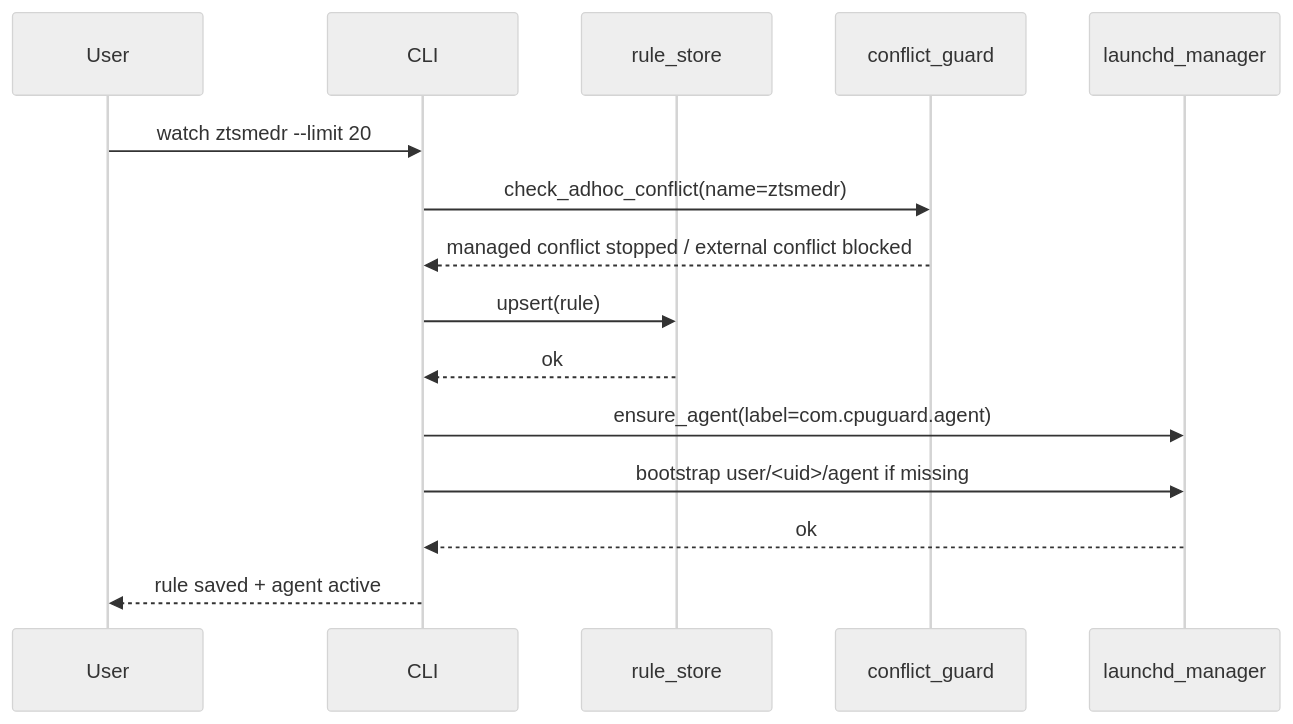
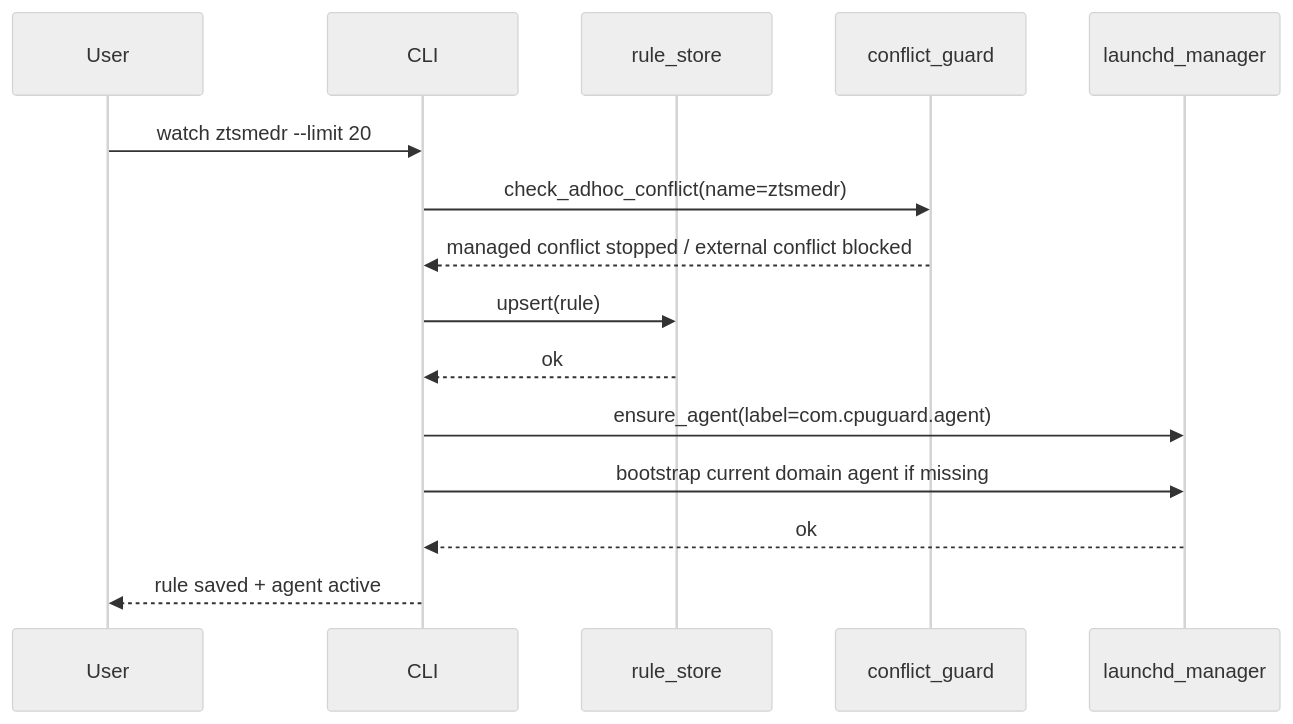
One commit to hxy91819/cpuguard changed the second of 6 diagrams in docs/02-architecture.md. Above: the diagram before and after it, drawn with Mermaid (neutral theme). The commit also changed 14 other files, not shown here.

````diff
--- a/docs/02-architecture.md
+++ b/docs/02-architecture.md
@@ -37,18 +37,18 @@
 ```mermaid
 sequenceDiagram
     participant U as User
     participant C as CLI
     participant R as rule_store
     participant G as conflict_guard
     participant L as launchd_manager
 
     U->>C: watch ztsmedr --limit 20
     C->>G: check_adhoc_conflict(name=ztsmedr)
     G-->>C: managed conflict stopped / external conflict blocked
     C->>R: upsert(rule)
     R-->>C: ok
     C->>L: ensure_agent(label=com.cpuguard.agent)
-    C->>L: bootstrap user/<uid>/agent if missing
+    C->>L: bootstrap current domain agent if missing
     L-->>C: ok
     C-->>U: rule saved + agent active
 ```
````
